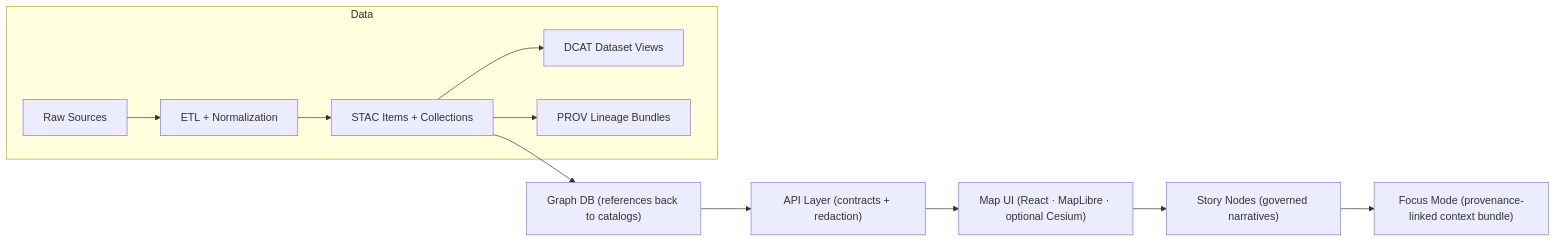
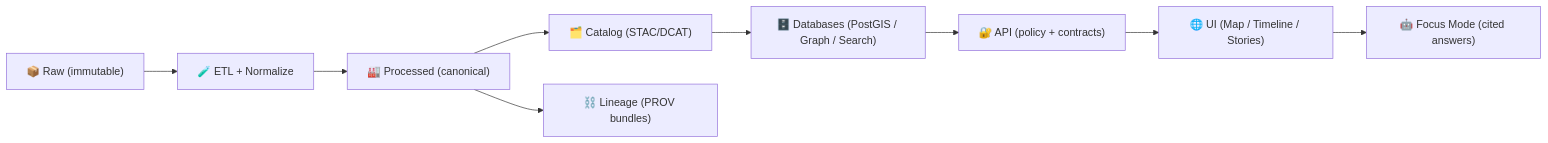
One commit to bartytime4life/Kansas-Frontier-Matrix changed the first of 2 diagrams in README.md. Above: the diagram before and after it, drawn with Mermaid. The commit also changed other lines of this file, not shown here.

````diff
--- a/README.md
+++ b/README.md
@@ -57,15 +80,11 @@
 ```mermaid
 flowchart LR
-  subgraph Data
-    A["Raw Sources"] --> B["ETL + Normalization"]
-    B --> C["STAC Items + Collections"]
-    C --> D["DCAT Dataset Views"]
-    C --> E["PROV Lineage Bundles"]
-  end
-
-  C --> G["Graph DB (references back to catalogs)"]
-  G --> H["API Layer (contracts + redaction)"]
-  H --> I["Map UI (React · MapLibre · optional Cesium)"]
-  I --> J["Story Nodes (governed narratives)"]
-  J --> K["Focus Mode (provenance-linked context bundle)"]
+  A["📦 Raw (immutable)"] --> B["🧪 ETL + Normalize"]
+  B --> C["🏭 Processed (canonical)"]
+  C --> D["🗂️ Catalog (STAC/DCAT)"]
+  C --> E["⛓️ Lineage (PROV bundles)"]
+  D --> F["🗄️ Databases (PostGIS / Graph / Search)"]
+  F --> G["🔐 API (policy + contracts)"]
+  G --> H["🌐 UI (Map / Timeline / Stories)"]
+  H --> I["🤖 Focus Mode (cited answers)"]
 ```
````
